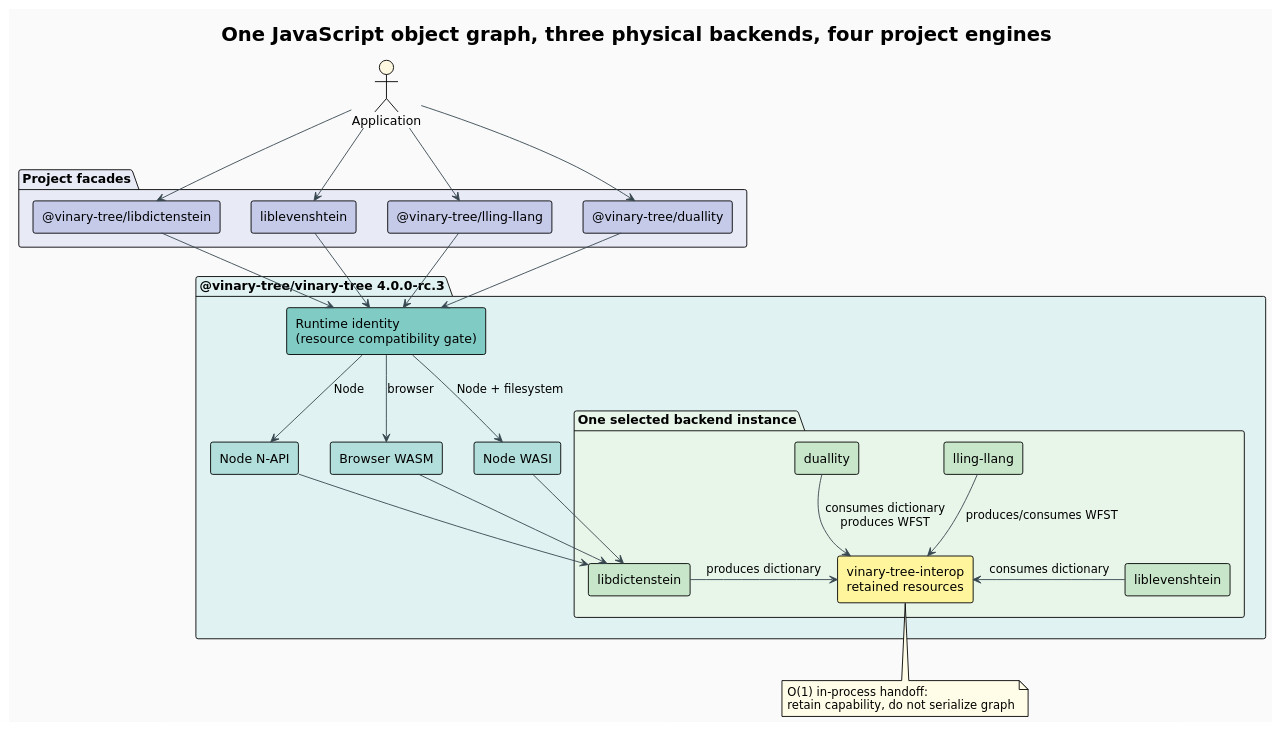
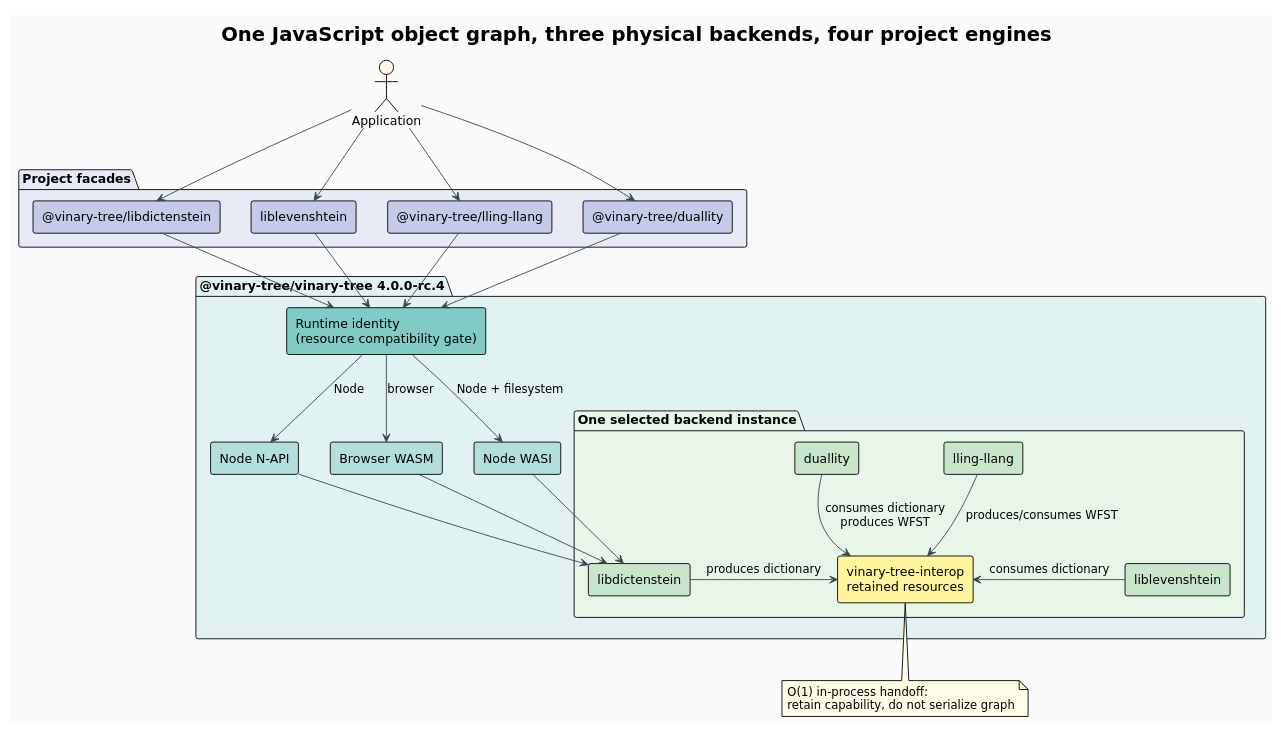
Before and after one commit to vinary-tree/javascript-runtime: the diagram in docs/diagrams/runtime-architecture.puml, drawn with PlantUML. The commit also changed 13 other files, not shown here.

```diff
--- a/docs/diagrams/runtime-architecture.puml
+++ b/docs/diagrams/runtime-architecture.puml
@@ -1,56 +1,56 @@
 @startuml
 !theme plain
 skinparam backgroundColor #FAFAFA
 skinparam shadowing false
 skinparam componentStyle rectangle
 skinparam ArrowColor #37474F
 skinparam defaultFontName DejaVu Sans
 title One JavaScript object graph, three physical backends, four project engines
 
 actor "Application" as app #FFF8E1
 
 package "Project facades" #E8EAF6 {
   component "@vinary-tree/libdictenstein" as dictFacade #C5CAE9
   component "liblevenshtein" as levFacade #C5CAE9
   component "@vinary-tree/lling-llang" as llingFacade #C5CAE9
   component "@vinary-tree/duallity" as dualFacade #C5CAE9
 }
 
-package "@vinary-tree/vinary-tree 4.0.0-rc.3" #E0F2F1 {
+package "@vinary-tree/vinary-tree 4.0.0-rc.4" #E0F2F1 {
   component "Runtime identity\n(resource compatibility gate)" as identity #80CBC4
   component "Node N-API" as napi #B2DFDB
   component "Browser WASM" as wasm #B2DFDB
   component "Node WASI" as wasi #B2DFDB
   package "One selected backend instance" #E8F5E9 {
     component "libdictenstein" as dict #C8E6C9
     component "liblevenshtein" as lev #C8E6C9
     component "lling-llang" as lling #C8E6C9
     component "duallity" as dual #C8E6C9
     component "vinary-tree-interop\nretained resources" as interop #FFF59D
   }
 }
 
 app --> dictFacade
 app --> levFacade
 app --> llingFacade
 app --> dualFacade
 dictFacade --> identity
 levFacade --> identity
 llingFacade --> identity
 dualFacade --> identity
 identity --> napi : Node
 identity --> wasm : browser
 identity --> wasi : Node + filesystem
 napi --> dict
 wasm --> dict
 wasi --> dict
 dict -right-> interop : produces dictionary
 lev -left-> interop : consumes dictionary
 dual --> interop : consumes dictionary\nproduces WFST
 lling --> interop : produces/consumes WFST
 
 note bottom of interop #FFFDE7
   O(1) in-process handoff:
   retain capability, do not serialize graph
 end note
 @enduml
```
